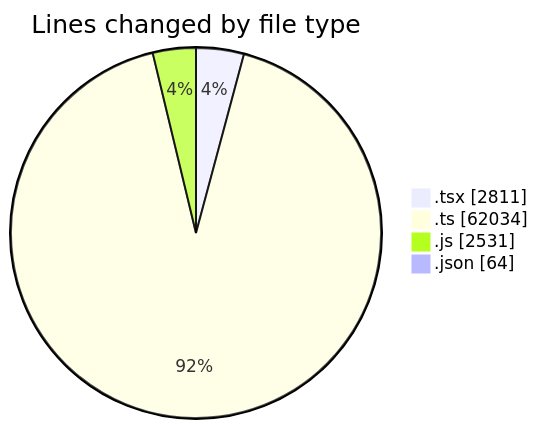
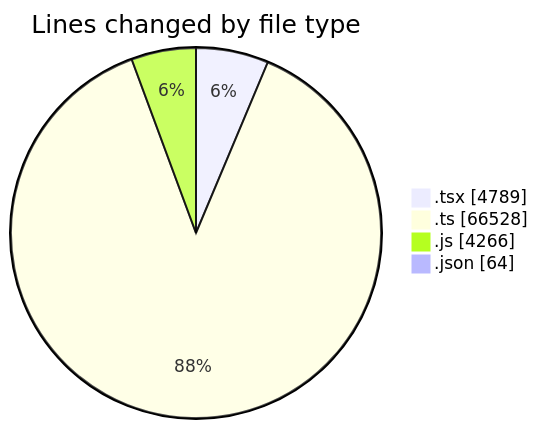
Before and after one commit to momahboobian/code-tracking: the first of 2 diagrams in 2026-07-30/cda/README.md, drawn with Mermaid. The commit also changed other lines of this file and 1 other file, not shown here.

````diff
--- a/2026-07-30/cda/README.md
+++ b/2026-07-30/cda/README.md
@@ -54,8 +54,8 @@
 ```mermaid
 pie showData
 title Lines changed by file type
-".tsx" : 2811
-".ts" : 62034
-".js" : 2531
+".tsx" : 4789
+".ts" : 66528
+".js" : 4266
 ".json" : 64
 ```
````
